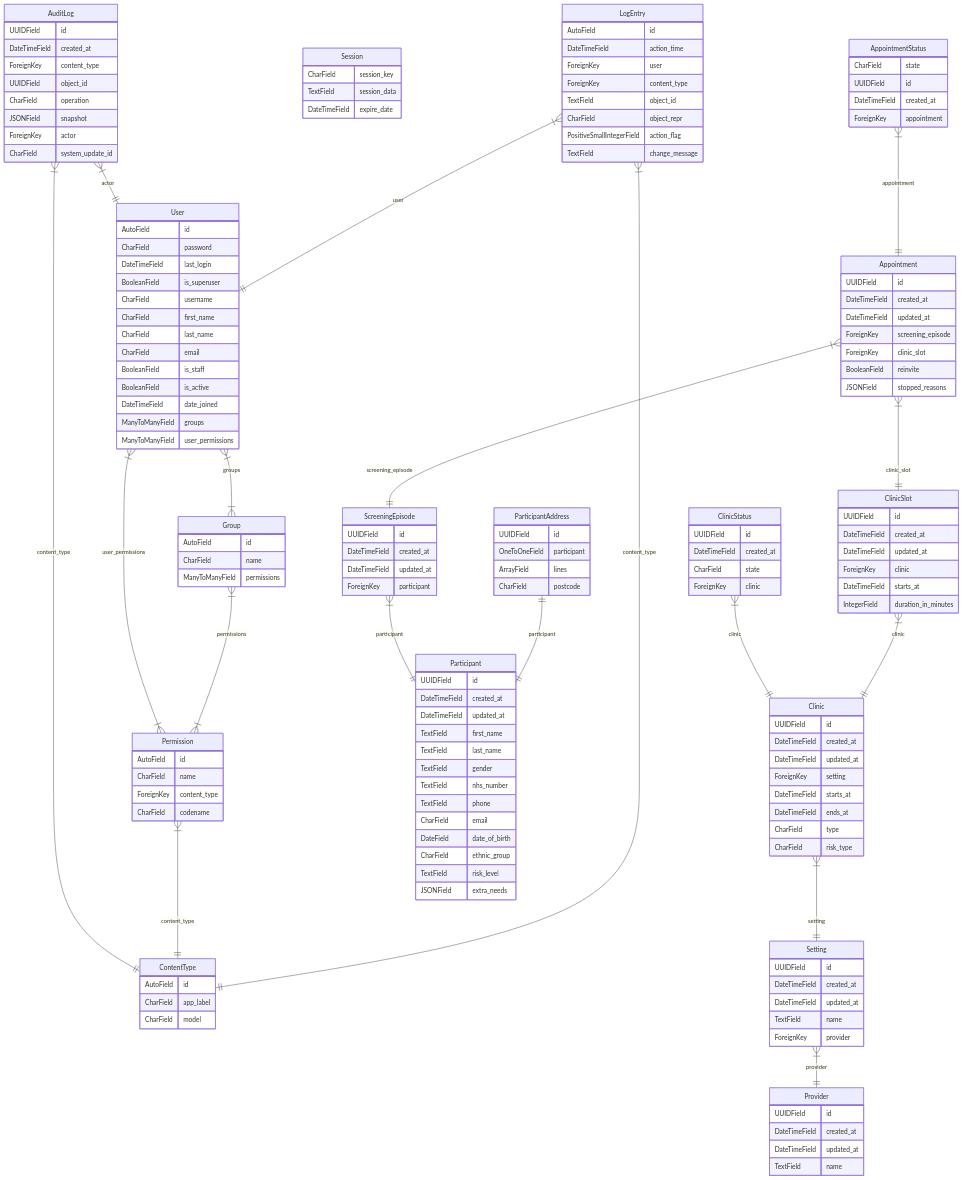
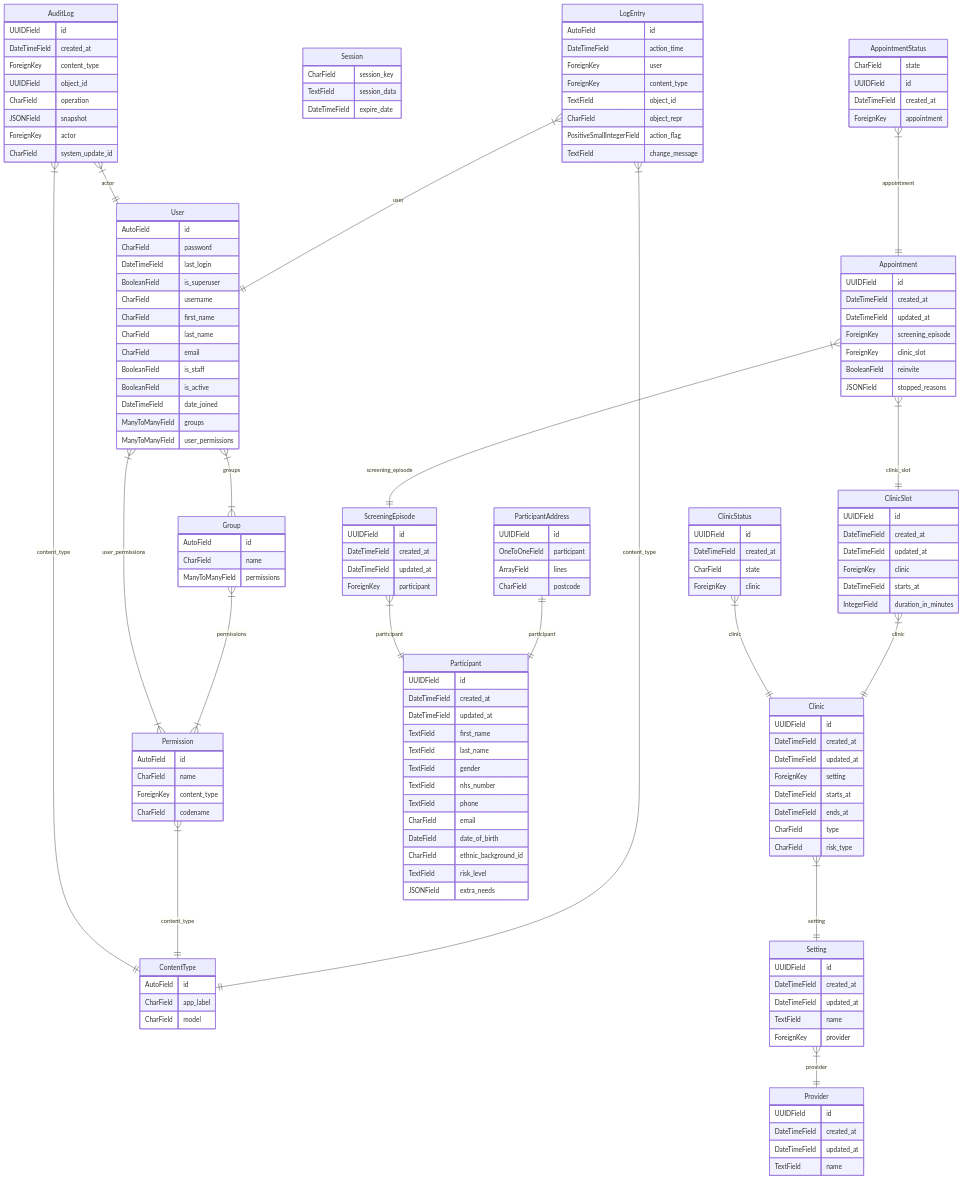
Before and after one commit to dsp-testing/dtos-manage-breast-screening-norm: the diagram in docs/diagrams/erd.md, drawn with Mermaid. The commit also changed 7 other files, not shown here.

First line of the commit message:
Adjust naming of ethnic background field

```diff
--- a/docs/diagrams/erd.md
+++ b/docs/diagrams/erd.md
@@ -107,7 +107,7 @@
     TextField phone
     CharField email
     DateField date_of_birth
-    CharField ethnic_group
+    CharField ethnic_background_id
     TextField risk_level
     JSONField extra_needs
 }
```
